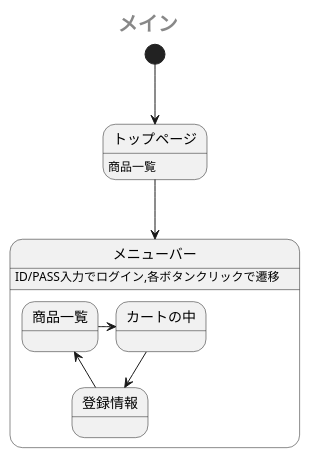
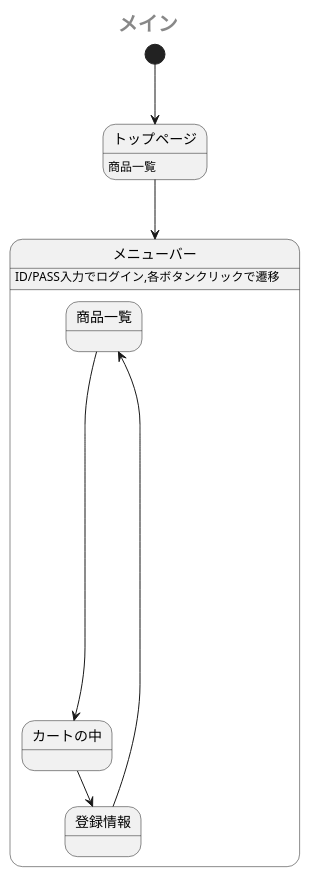
One commit to Aso2001385/2021sys-design changed the first of 2 diagrams in sample/StateMachine.md. Above: the diagram before and after it, drawn with PlantUML.

````diff
--- a/sample/StateMachine.md
+++ b/sample/StateMachine.md
@@ -1,16 +1,16 @@
 ```uml
 @startuml
  center header <size:20><b>メイン</b></size>
  [*] --> トップページ
  トップページ: 商品一覧
  トップページ --> メニューバー
  state メニューバー {
    メニューバー: ID/PASS入力でログイン,各ボタンクリックで遷移
-   商品一覧 -----right------> カートの中
+   商品一覧 -----------> カートの中
    カートの中 --> 登録情報
    登録情報 -up-> 商品一覧
 
  }
  
 @enduml
 ```
````
